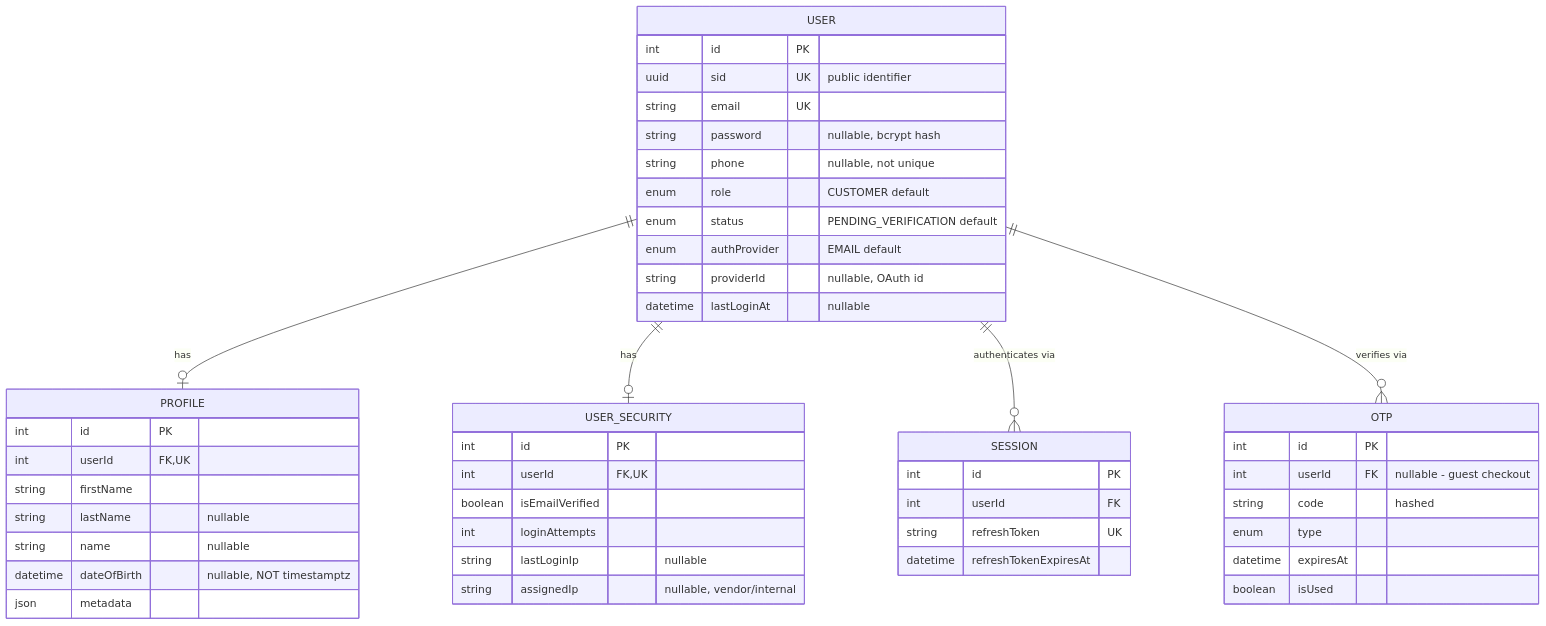
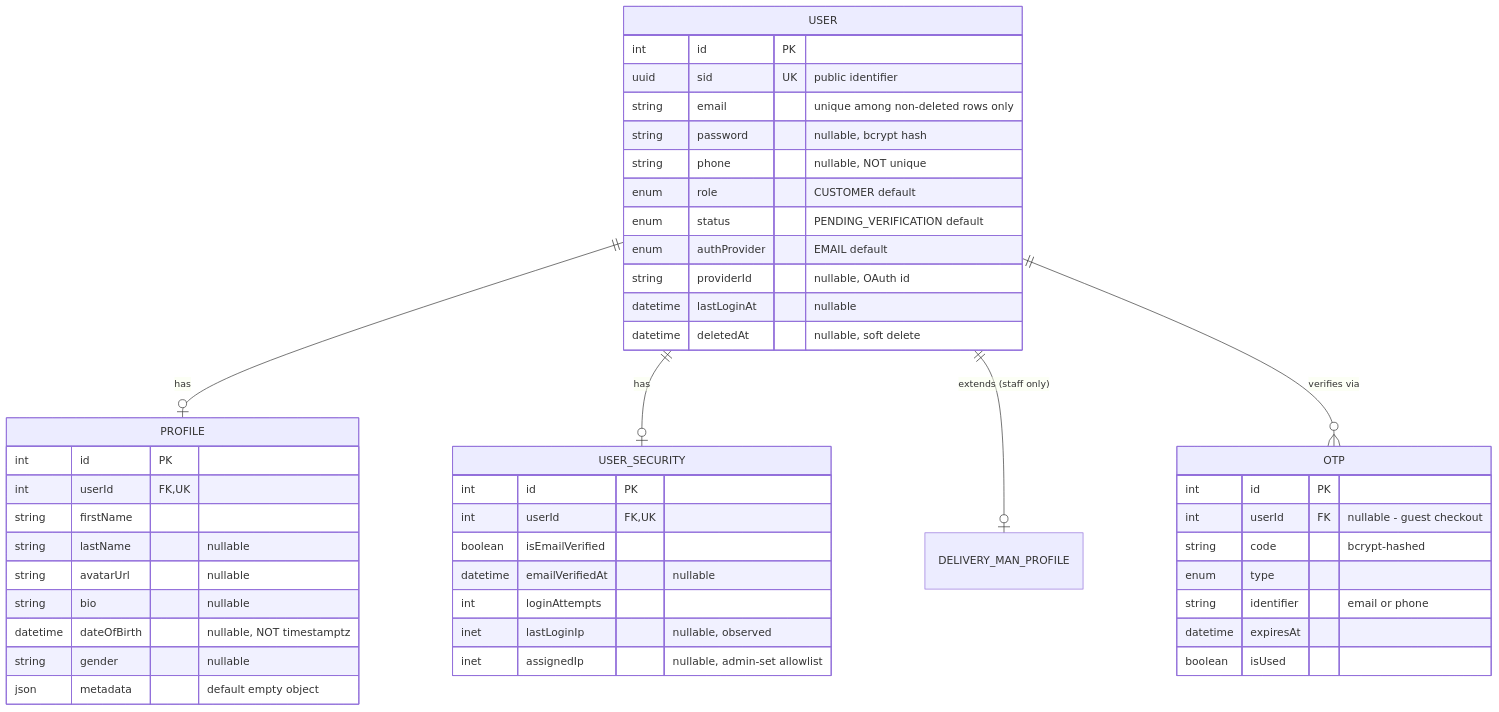
The first of 2 diagrams in docs/user.md (QuaziSamiha/thai-health-product-server), drawn with Mermaid before and after one commit. The commit also changed other lines of this file and 7 other files, not shown here.

````diff
--- a/docs/user.md
+++ b/docs/user.md
@@ -15,55 +51,53 @@
 ```mermaid
 erDiagram
     USER ||--o| PROFILE : "has"
     USER ||--o| USER_SECURITY : "has"
-    USER ||--o{ SESSION : "authenticates via"
+    USER ||--o| DELIVERY_MAN_PROFILE : "extends (staff only)"
     USER ||--o{ OTP : "verifies via"
 
     USER {
         int id PK
         uuid sid UK "public identifier"
-        string email UK
+        string email "unique among non-deleted rows only"
         string password "nullable, bcrypt hash"
-        string phone "nullable, not unique"
+        string phone "nullable, NOT unique"
         enum role "CUSTOMER default"
         enum status "PENDING_VERIFICATION default"
         enum authProvider "EMAIL default"
         string providerId "nullable, OAuth id"
         datetime lastLoginAt "nullable"
+        datetime deletedAt "nullable, soft delete"
     }
 
     PROFILE {
         int id PK
         int userId FK, UK
         string firstName
         string lastName "nullable"
-        string name "nullable"
+        string avatarUrl "nullable"
+        string bio "nullable"
         datetime dateOfBirth "nullable, NOT timestamptz"
-        json metadata
+        string gender "nullable"
+        json metadata "default empty object"
     }
 
     USER_SECURITY {
         int id PK
         int userId FK, UK
         boolean isEmailVerified
+        datetime emailVerifiedAt "nullable"
         int loginAttempts
-        string lastLoginIp "nullable"
-        string assignedIp "nullable, vendor/internal"
-    }
-
-    SESSION {
-        int id PK
-        int userId FK
-        string refreshToken UK
-        datetime refreshTokenExpiresAt
+        inet lastLoginIp "nullable, observed"
+        inet assignedIp "nullable, admin-set allowlist"
     }
 
     OTP {
         int id PK
         int userId FK "nullable - guest checkout"
-        string code "hashed"
+        string code "bcrypt-hashed"
         enum type
+        string identifier "email or phone"
         datetime expiresAt
         boolean isUsed
     }
 ```
````
